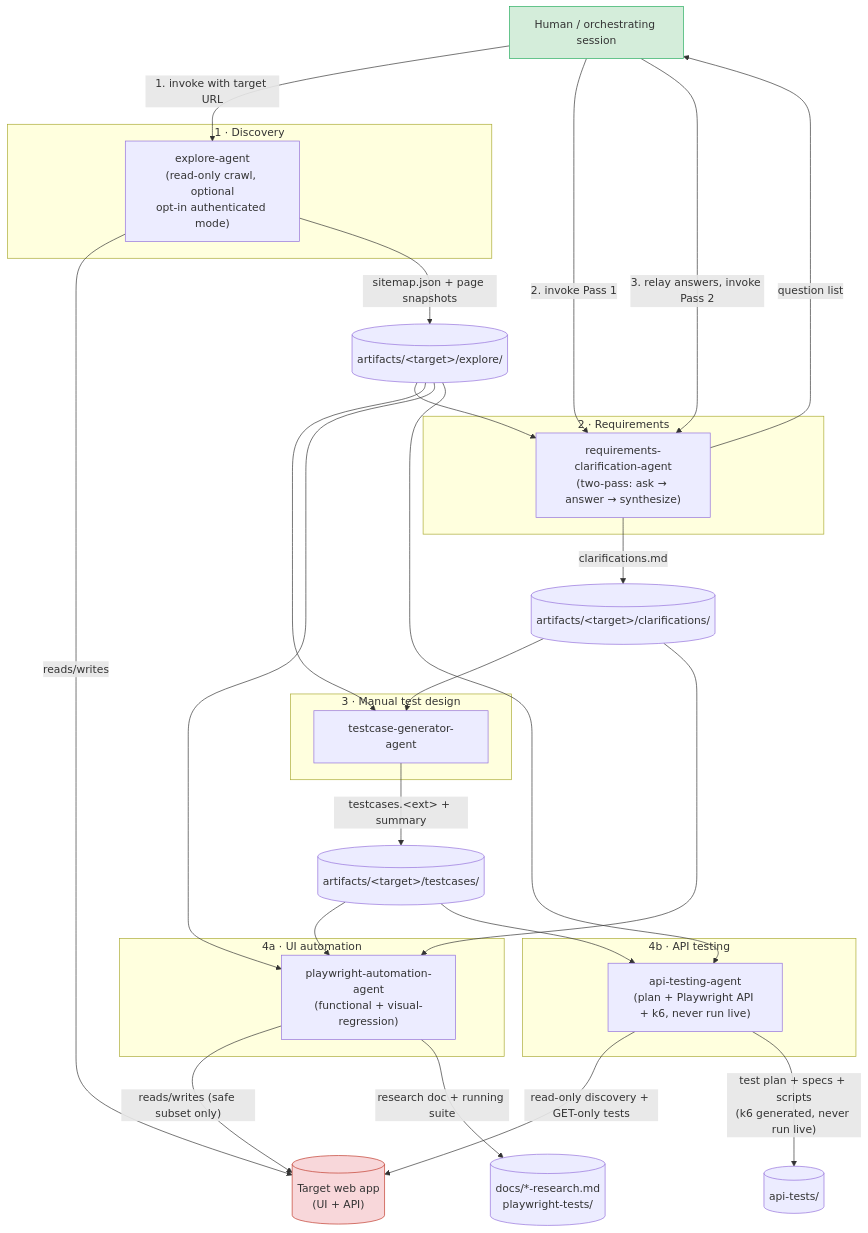
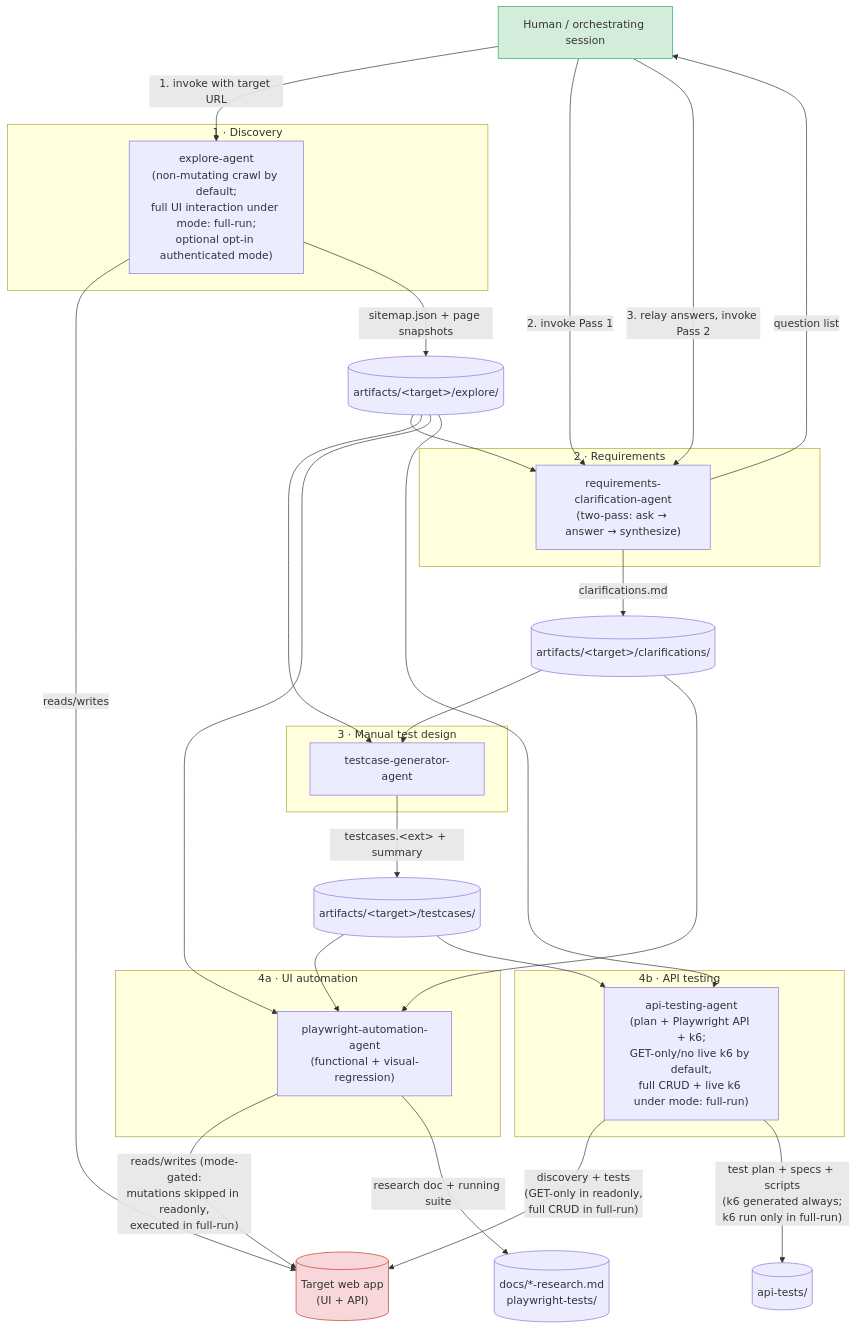
Before and after one commit to RakeshM7/agentic-testing-framework: the first of 4 diagrams in architecture.md, drawn with Mermaid. The commit also changed other lines of this file and 1 other file, not shown here.

Commit message:
Add master safety switch `authorizations.mode` to core documentation
Introduces the concept of `readonly` and `full-run` modes as the primary
safety mechanism for the framework. This replaces the previous implicit
read-only behavior with an explicit, opt-in toggle for state-mutating actions.

````diff
--- a/architecture.md
+++ b/architecture.md
@@ -15,54 +15,54 @@
 ```mermaid
 flowchart TD
     H[Human / orchestrating session]
 
     subgraph Stage1["1 · Discovery"]
-        EA["explore-agent<br/>(read-only crawl, optional<br/>opt-in authenticated mode)"]
+        EA["explore-agent<br/>(non-mutating crawl by default;<br/>full UI interaction under mode: full-run;<br/>optional opt-in authenticated mode)"]
     end
 
     subgraph Stage2["2 · Requirements"]
         RC["requirements-clarification-agent<br/>(two-pass: ask → answer → synthesize)"]
     end
 
     subgraph Stage3["3 · Manual test design"]
         TG["testcase-generator-agent"]
     end
 
     subgraph Stage4a["4a · UI automation"]
         PW["playwright-automation-agent<br/>(functional + visual-regression)"]
     end
 
     subgraph Stage4b["4b · API testing"]
-        API["api-testing-agent<br/>(plan + Playwright API + k6, never run live)"]
+        API["api-testing-agent<br/>(plan + Playwright API + k6;<br/>GET-only/no live k6 by default,<br/>full CRUD + live k6 under mode: full-run)"]
     end
 
     TARGET[("Target web app<br/>(UI + API)")]
 
     H -- "1. invoke with target URL" --> EA
     EA -- "reads/writes" --> TARGET
     EA -- "sitemap.json + page snapshots" --> ART1[("artifacts/&lt;target&gt;/explore/")]
 
     H -- "2. invoke Pass 1" --> RC
     ART1 --> RC
     RC -- "question list" --> H
     H -- "3. relay answers, invoke Pass 2" --> RC
     RC -- "clarifications.md" --> ART2[("artifacts/&lt;target&gt;/clarifications/")]
 
     ART2 --> TG
     ART1 --> TG
     TG -- "testcases.&lt;ext&gt; + summary" --> ART3[("artifacts/&lt;target&gt;/testcases/")]
 
     ART3 --> PW
     ART1 --> PW
     ART2 --> PW
-    PW -- "reads/writes (safe subset only)" --> TARGET
+    PW -- "reads/writes (mode-gated:<br/>mutations skipped in readonly,<br/>executed in full-run)" --> TARGET
     PW -- "research doc + running suite" --> OUT1[("docs/*-research.md<br/>playwright-tests/")]
 
     ART3 --> API
     ART1 --> API
-    API -- "read-only discovery + GET-only tests" --> TARGET
-    API -- "test plan + specs + scripts<br/>(k6 generated, never run live)" --> OUT2[("api-tests/")]
+    API -- "discovery + tests<br/>(GET-only in readonly,<br/>full CRUD in full-run)" --> TARGET
+    API -- "test plan + specs + scripts<br/>(k6 generated always;<br/>k6 run only in full-run)" --> OUT2[("api-tests/")]
 
     style TARGET fill:#f8d7da,stroke:#c0392b
     style H fill:#d4edda,stroke:#27ae60
 ```
````
